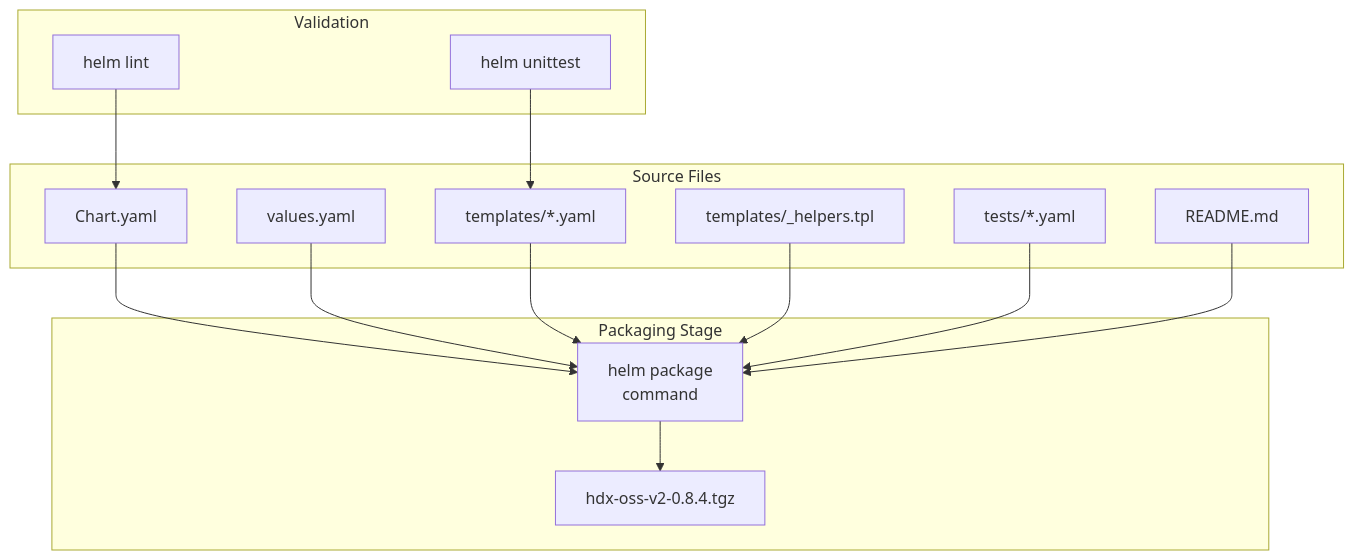
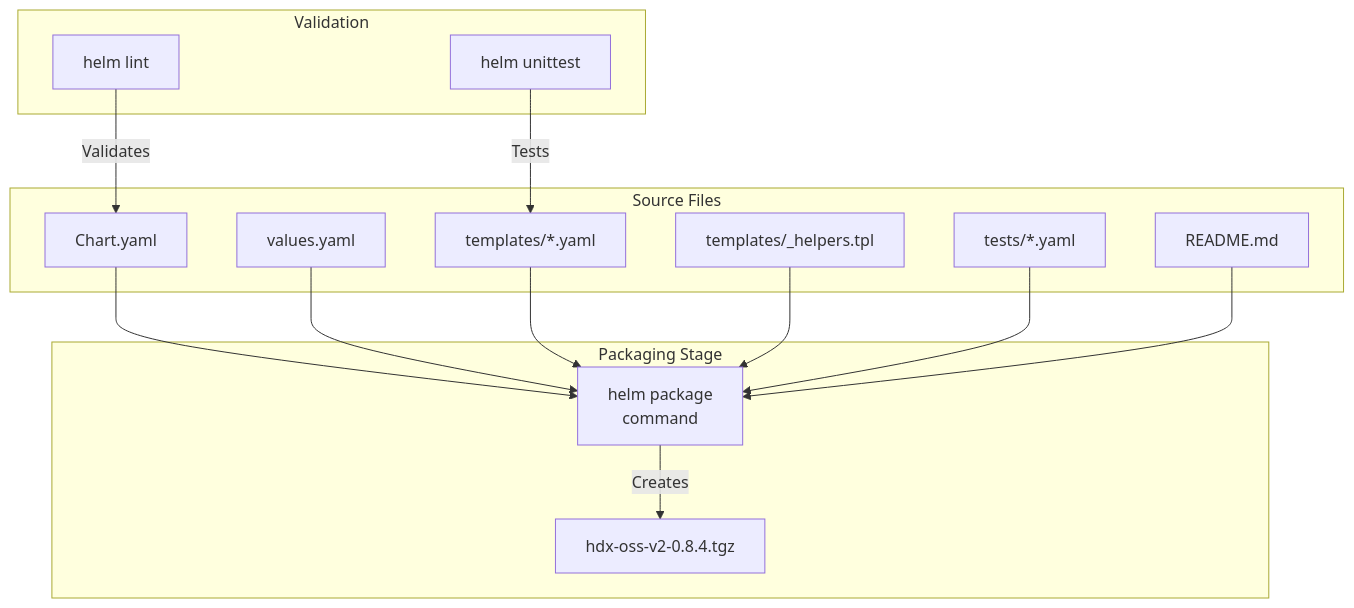
The second of 3 diagrams in docs/hyperdxio-helm-charts-docs/Chart-Metadata-and-Packaging.md (openchoreo/openchoreo), drawn with Mermaid before and after one commit. The commit also changed other lines of this file and 85 other files, not shown here.

Commit message:
feat: Add new workflow and specification templates, update Helm chart dependencies, and clarify documentation diagrams.

````diff
--- a/docs/hyperdxio-helm-charts-docs/Chart-Metadata-and-Packaging.md
+++ b/docs/hyperdxio-helm-charts-docs/Chart-Metadata-and-Packaging.md
@@ -131,43 +131,43 @@
 ```mermaid
 flowchart TD
 
 ChartYAML["Chart.yaml"]
 ValuesYAML["values.yaml"]
 Templates["templates/*.yaml"]
 Helpers["templates/_helpers.tpl"]
 Tests["tests/*.yaml"]
 README["README.md"]
 HelmPackage["helm package<br>command"]
 Archive["hdx-oss-v2-0.8.4.tgz"]
 HelmLint["helm lint"]
 UnitTests["helm unittest"]
 
 ChartYAML --> HelmPackage
 ValuesYAML --> HelmPackage
 Templates --> HelmPackage
 Helpers --> HelmPackage
 Tests --> HelmPackage
 README --> HelmPackage
-HelmLint --> ChartYAML
-UnitTests --> Templates
+HelmLint -->|"Validates"| ChartYAML
+UnitTests -->|"Tests"| Templates
 
 subgraph Validation ["Validation"]
     HelmLint
     UnitTests
 end
 
 subgraph subGraph1 ["Packaging Stage"]
     HelmPackage
     Archive
-    HelmPackage --> Archive
+    HelmPackage -->|"Creates"| Archive
 end
 
 subgraph subGraph0 ["Source Files"]
     ChartYAML
     ValuesYAML
     Templates
     Helpers
     Tests
     README
 end
 ```
````
